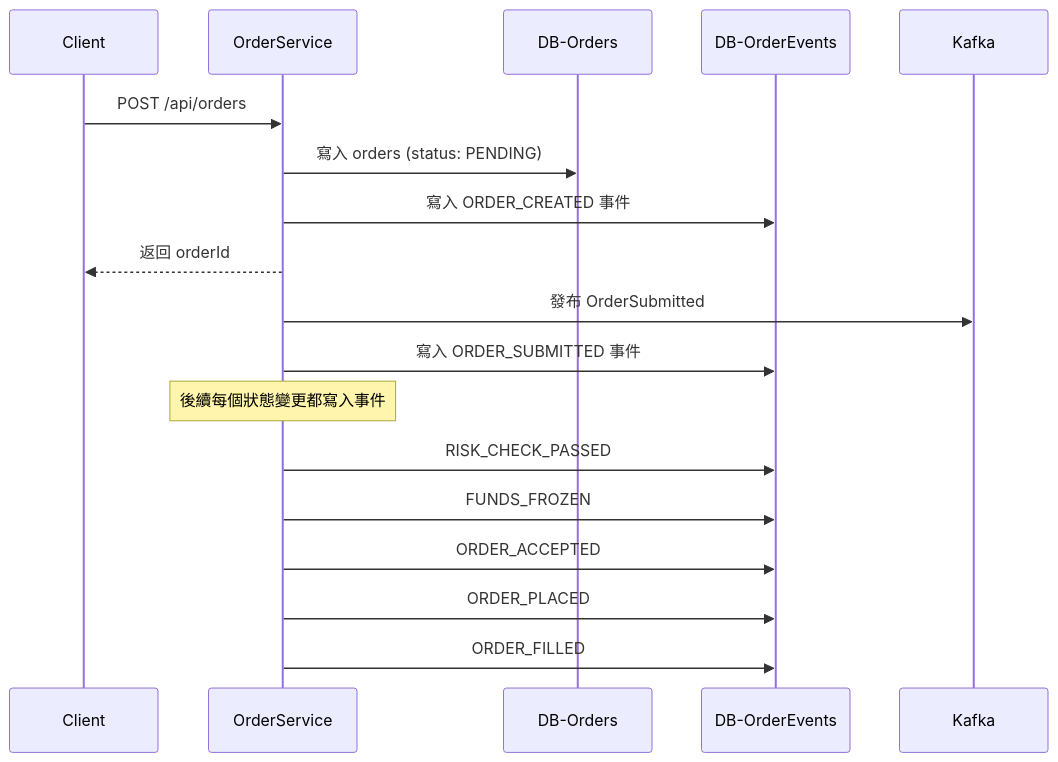
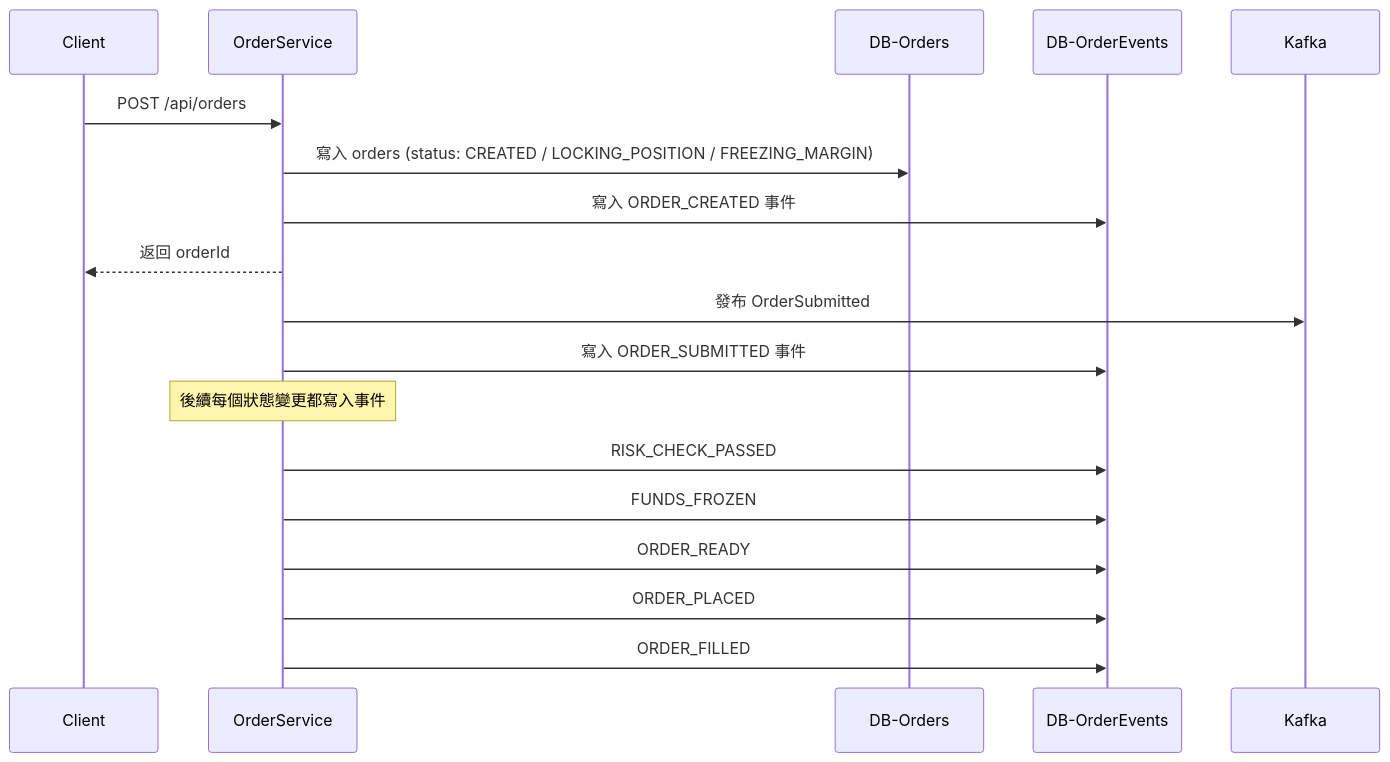
One commit to vincentf13/open.vincentf13 changed the third of 5 diagrams in design/exchange/0.exchange_design.md. Above: the diagram before and after it, drawn with Mermaid. The commit also changed other lines of this file and 7 other files, not shown here.

````diff
--- a/design/exchange/0.exchange_design.md
+++ b/design/exchange/0.exchange_design.md
@@ -986,25 +986,25 @@
 ```mermaid
 sequenceDiagram
     participant Client
     participant OrderService
     participant DB-Orders
     participant DB-OrderEvents
     participant Kafka
 
     Client->>OrderService: POST /api/orders
 
-    OrderService->>DB-Orders: 寫入 orders (status: PENDING)
+    OrderService->>DB-Orders: 寫入 orders (status: CREATED / LOCKING_POSITION / FREEZING_MARGIN)
     OrderService->>DB-OrderEvents: 寫入 ORDER_CREATED 事件
     OrderService-->>Client: 返回 orderId
 
     OrderService->>Kafka: 發布 OrderSubmitted
     OrderService->>DB-OrderEvents: 寫入 ORDER_SUBMITTED 事件
 
     Note over OrderService: 後續每個狀態變更都寫入事件
 
     OrderService->>DB-OrderEvents: RISK_CHECK_PASSED
     OrderService->>DB-OrderEvents: FUNDS_FROZEN
-    OrderService->>DB-OrderEvents: ORDER_ACCEPTED
+    OrderService->>DB-OrderEvents: ORDER_READY
     OrderService->>DB-OrderEvents: ORDER_PLACED
     OrderService->>DB-OrderEvents: ORDER_FILLED
 ```
````
